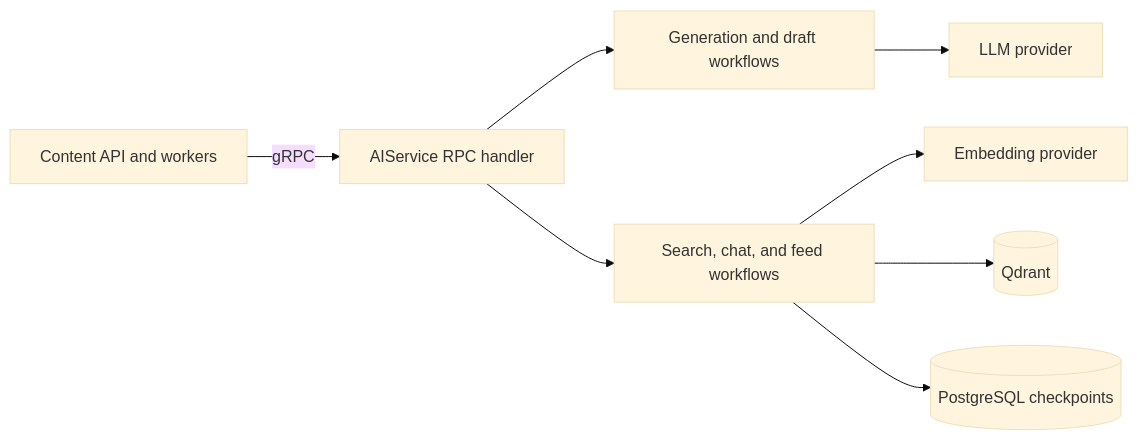
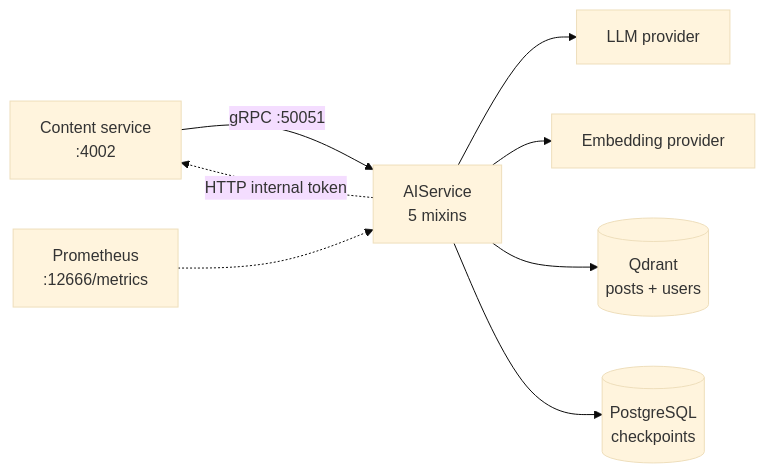
One commit to kunalPisolkar24/topos changed the diagram in services/ai/docs/README.md. Above: the diagram before and after it, drawn with Mermaid (base theme). The commit also changed other lines of this file and 18 other files, not shown here.

````diff
--- a/services/ai/docs/README.md
+++ b/services/ai/docs/README.md
@@ -26,10 +72,10 @@
 ```mermaid
 flowchart LR
-    content[Content API and workers] -->|gRPC| rpc[AIService RPC handler]
-    rpc --> generation[Generation and draft workflows]
-    rpc --> retrieval[Search, chat, and feed workflows]
-    generation --> llm[LLM provider]
-    retrieval --> embeddings[Embedding provider]
-    retrieval --> qdrant[(Qdrant)]
-    retrieval --> checkpoints[(PostgreSQL checkpoints)]
+    C[Content service<br/>:4002] -->|gRPC :50051| H[AIService<br/>5 mixins]
+    H --> L[LLM provider]
+    H --> E[Embedding provider]
+    H --> Q[(Qdrant<br/>posts + users)]
+    H --> P[(PostgreSQL<br/>checkpoints)]
+    H -.->|HTTP internal token| C
+    M[Prometheus<br/>:12666/metrics] -.-> H
 ```
````
